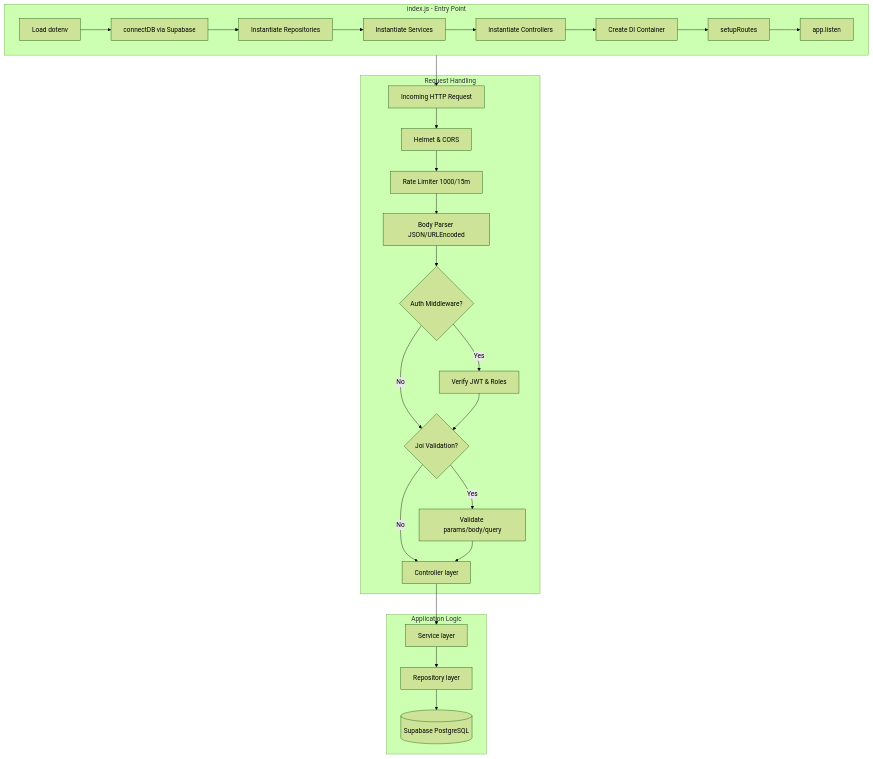
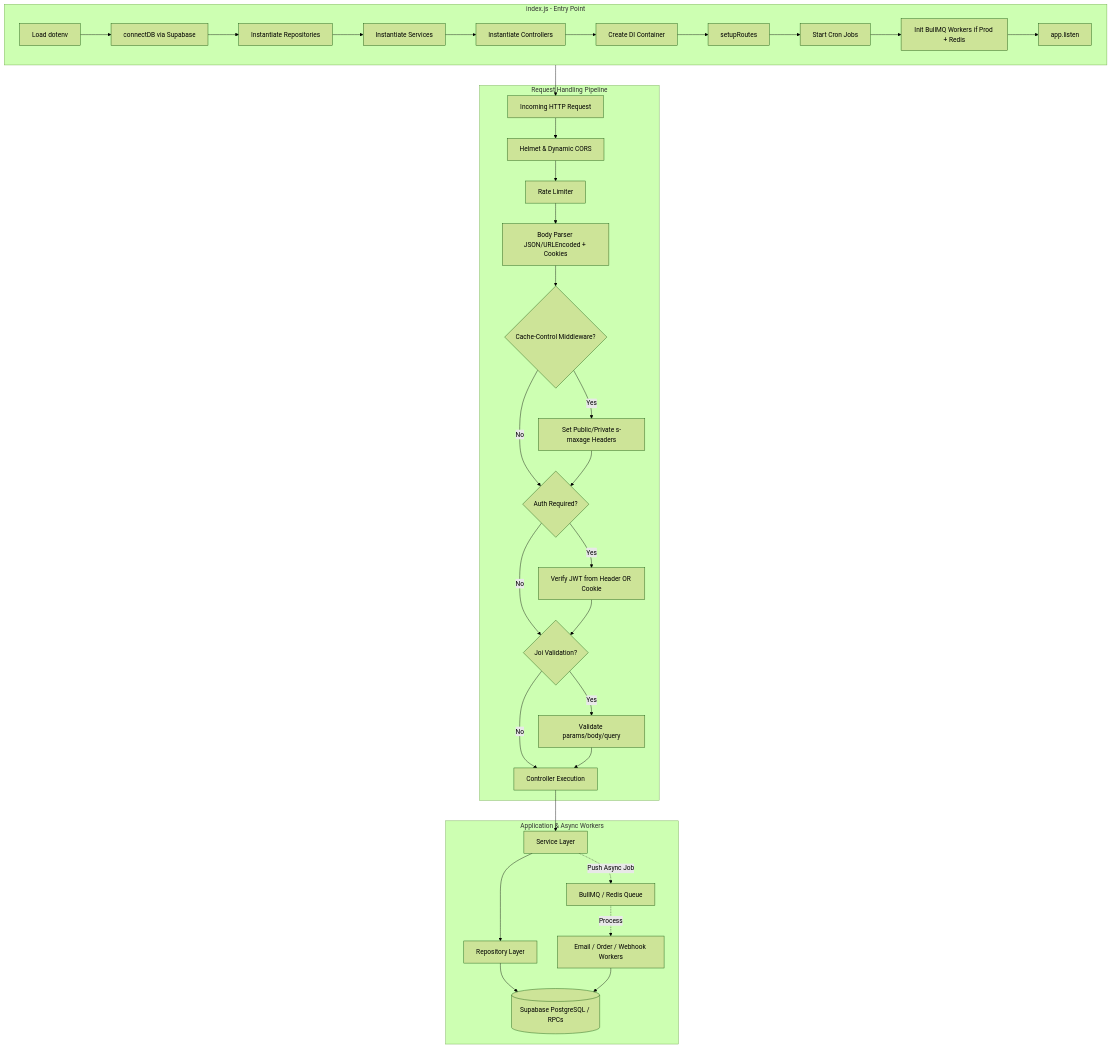
Before and after one commit to bukizz-store/bukizz_node_server: the first of 2 diagrams in server_context.md, drawn with Mermaid (forest theme). The commit also changed other lines of this file and 14 other files, not shown here.

````diff
--- a/server_context.md
+++ b/server_context.md
@@ -187,33 +233,41 @@
 ```mermaid
 graph TD
     subgraph Boot [index.js - Entry Point]
         A[Load dotenv] --> B[connectDB via Supabase]
         B --> C[Instantiate Repositories]
         C --> D[Instantiate Services]
         D --> E[Instantiate Controllers]
         E --> F[Create DI Container]
         F --> G[setupRoutes]
-        G --> H[app.listen]
+        G --> H[Start Cron Jobs]
+        H --> I[Init BullMQ Workers if Prod + Redis]
+        I --> J[app.listen]
     end
 
-    subgraph Pipeline [Request Handling]
-        Req[Incoming HTTP Request] --> M1[Helmet & CORS]
-        M1 --> M2[Rate Limiter 1000/15m]
-        M2 --> M3[Body Parser JSON/URLEncoded]
-        M3 --> Auth{Auth Middleware?}
-        Auth -- Yes --> AuthVerify[Verify JWT & Roles]
+    subgraph Pipeline [Request Handling Pipeline]
+        Req[Incoming HTTP Request] --> M1[Helmet & Dynamic CORS]
+        M1 --> M2[Rate Limiter]
+        M2 --> M3[Body Parser JSON/URLEncoded + Cookies]
+        M3 --> Caching{Cache-Control Middleware?}
+        Caching -- Yes --> SetHeaders[Set Public/Private s-maxage Headers]
+        Caching -- No --> Auth{Auth Required?}
+        SetHeaders --> Auth
+        Auth -- Yes --> AuthVerify[Verify JWT from Header OR Cookie]
         Auth -- No --> Val
         AuthVerify --> Val{Joi Validation?}
         Val -- Yes --> Schema[Validate params/body/query]
-        Val -- No --> Exec
+        Val -- No --> Exec[Controller Execution]
         Schema --> Exec
     end
 
-    subgraph Business [Application Logic]
-        Exec[Controller layer] --> Srv[Service layer]
-        Srv --> Repo[Repository layer]
-        Repo --> DB[(Supabase PostgreSQL)]
+    subgraph Business [Application & Async Workers]
+        Exec --> Srv[Service Layer]
+        Srv --> Repo[Repository Layer]
+        Repo --> DB[(Supabase PostgreSQL / RPCs)]
+        Srv -. Push Async Job .-> Queue[BullMQ / Redis Queue]
+        Queue -. Process .-> Workers[Email / Order / Webhook Workers]
+        Workers --> DB
     end
 
     Boot --> Req
 ```
````
